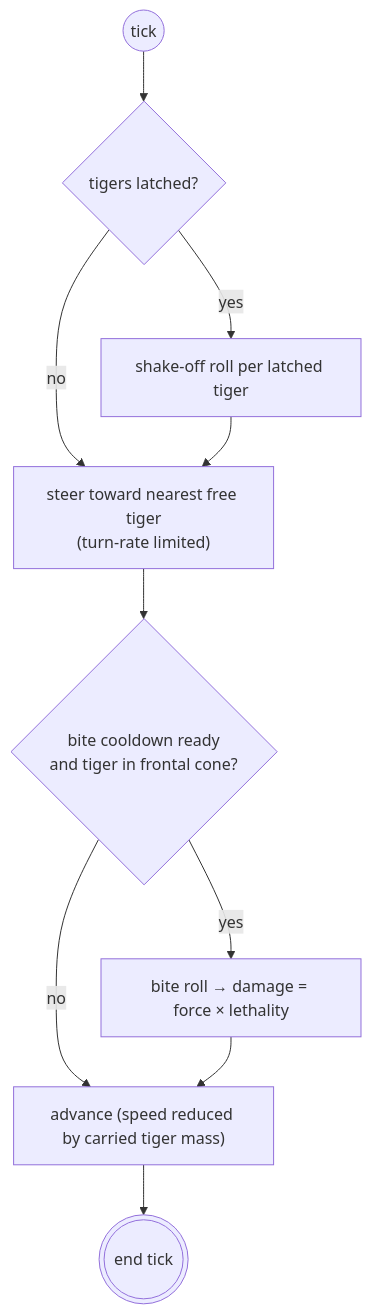
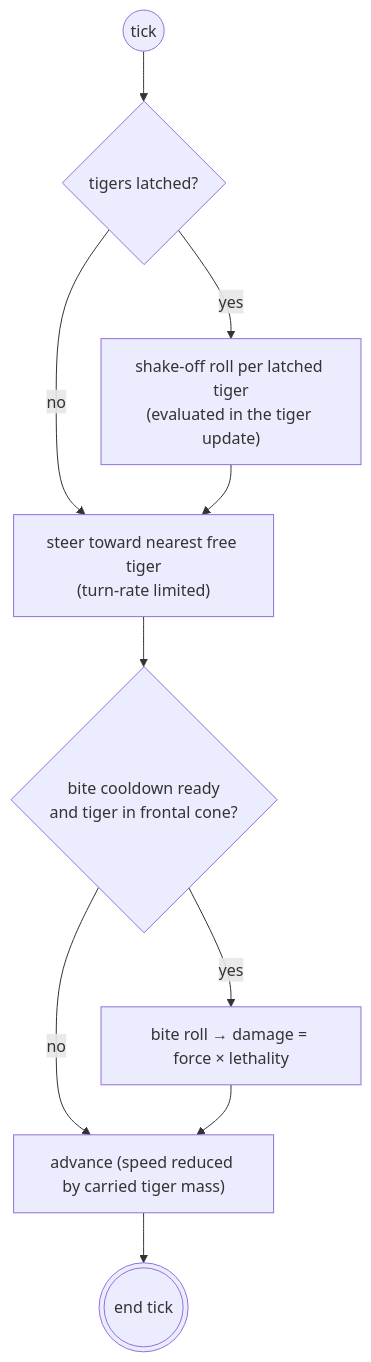
One commit to VinylStage/trex_vs_tiger_sim changed the fifth of 6 diagrams in ARCHITECTURE.md. Above: the diagram before and after it, drawn with Mermaid. The commit also changed 23 other files, not shown here.

````diff
--- a/ARCHITECTURE.md
+++ b/ARCHITECTURE.md
@@ -154,12 +154,12 @@
 ```mermaid
 flowchart TD
     tick@{ shape: circle, label: "tick" } --> latched{"tigers latched?"}
-    latched -- yes --> shake@{ shape: rect, label: "shake-off roll per latched tiger" }
+    latched -- yes --> shake@{ shape: rect, label: "shake-off roll per latched tiger<br/>(evaluated in the tiger update)" }
     latched -- no --> target
     shake --> target@{ shape: rect, label: "steer toward nearest free tiger<br/>(turn-rate limited)" }
     target --> ready{"bite cooldown ready<br/>and tiger in frontal cone?"}
     ready -- yes --> bite@{ shape: rect, label: "bite roll → damage = force × lethality" }
     ready -- no --> move@{ shape: rect, label: "advance (speed reduced by carried tiger mass)" }
     bite --> move
     move --> done@{ shape: dbl-circ, label: "end tick" }
 ```
````
